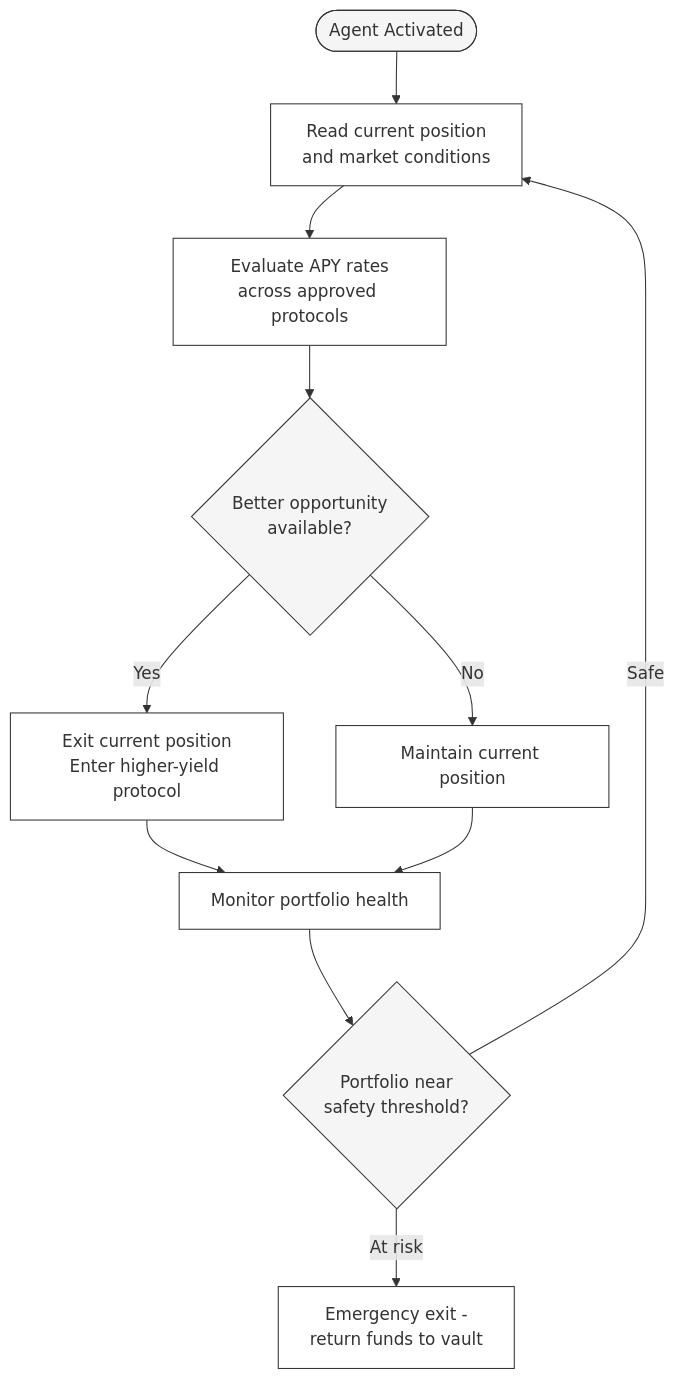
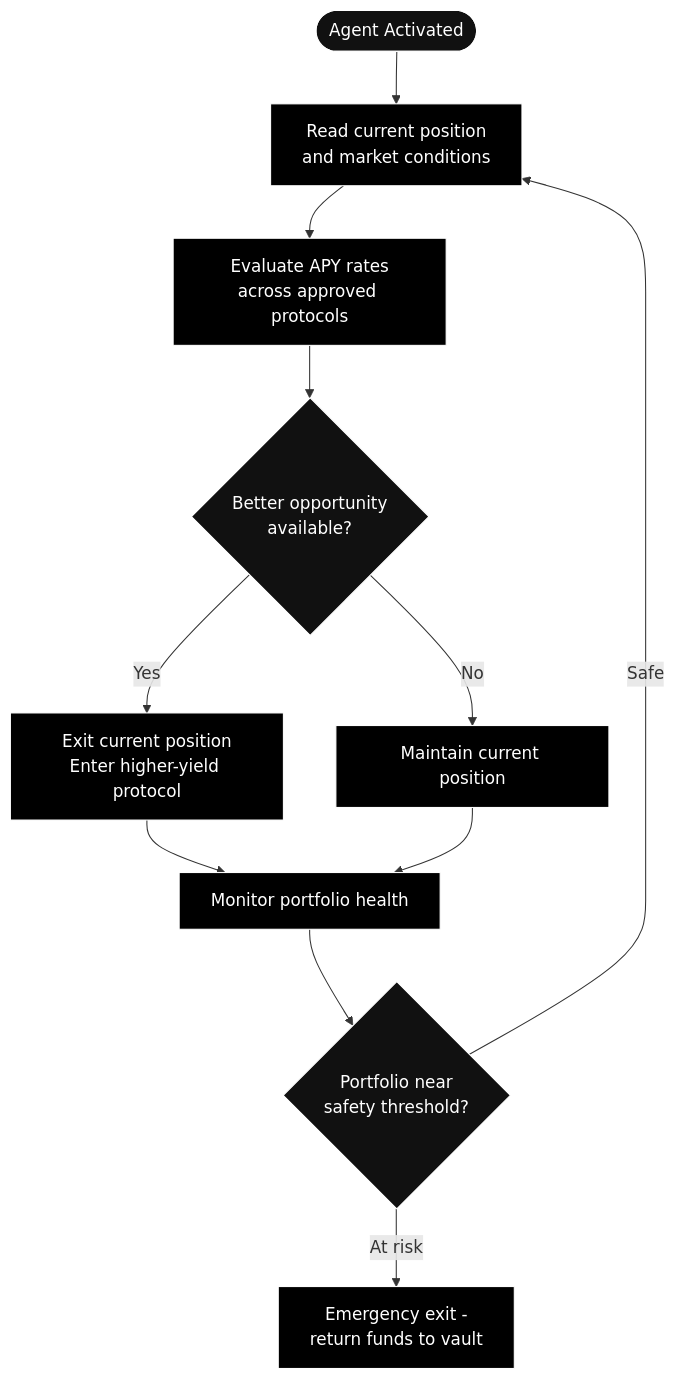
One commit to TRECC-eth/docs changed the second of 2 diagrams in concepts/ai-agents.mdx. Above: the diagram before and after it, drawn with Mermaid. The commit also changed other lines of this file and 12 other files, not shown here.

Commit message:
changed diagram colours

````diff
--- a/concepts/ai-agents.mdx
+++ b/concepts/ai-agents.mdx
@@ -60,23 +60,23 @@
 ```mermaid
 flowchart TD
     START([Agent Activated]) --> READ[Read current position<br/>and market conditions]
     READ --> EVALUATE[Evaluate APY rates<br/>across approved protocols]
     EVALUATE --> DECIDE{Better opportunity<br/>available?}
     DECIDE -->|Yes| REBALANCE[Exit current position<br/>Enter higher-yield protocol]
     DECIDE -->|No| HOLD[Maintain current position]
     REBALANCE --> MONITOR[Monitor portfolio health]
     HOLD --> MONITOR
     MONITOR --> CHECK{Portfolio near<br/>safety threshold?}
     CHECK -->|Safe| READ
     CHECK -->|At risk| EXIT[Emergency exit -<br/>return funds to vault]
 
-    style START fill:#f5f5f5,stroke:#333333
-    style READ fill:#ffffff,stroke:#333333
-    style EVALUATE fill:#ffffff,stroke:#333333
-    style DECIDE fill:#f5f5f5,stroke:#333333
-    style REBALANCE fill:#ffffff,stroke:#333333
-    style HOLD fill:#ffffff,stroke:#333333
-    style MONITOR fill:#ffffff,stroke:#333333
-    style CHECK fill:#f5f5f5,stroke:#333333
-    style EXIT fill:#ffffff,stroke:#333333
+    style START fill:#111111,stroke:#ffffff,color:#ffffff
+    style READ fill:#000000,stroke:#ffffff,color:#ffffff
+    style EVALUATE fill:#000000,stroke:#ffffff,color:#ffffff
+    style DECIDE fill:#111111,stroke:#ffffff,color:#ffffff
+    style REBALANCE fill:#000000,stroke:#ffffff,color:#ffffff
+    style HOLD fill:#000000,stroke:#ffffff,color:#ffffff
+    style MONITOR fill:#000000,stroke:#ffffff,color:#ffffff
+    style CHECK fill:#111111,stroke:#ffffff,color:#ffffff
+    style EXIT fill:#000000,stroke:#ffffff,color:#ffffff
 ```
````
